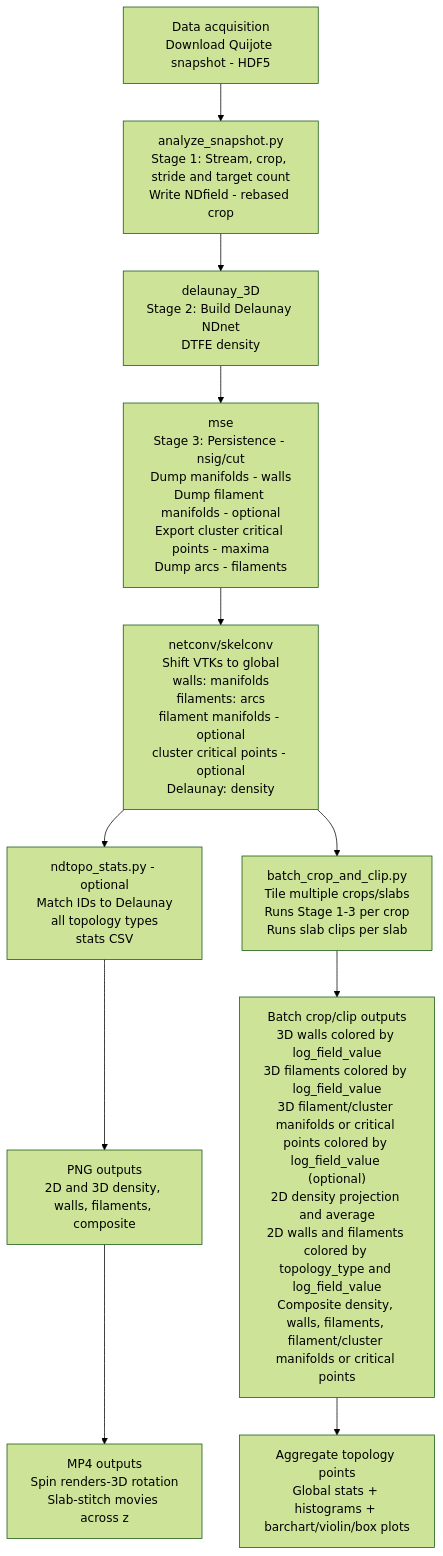
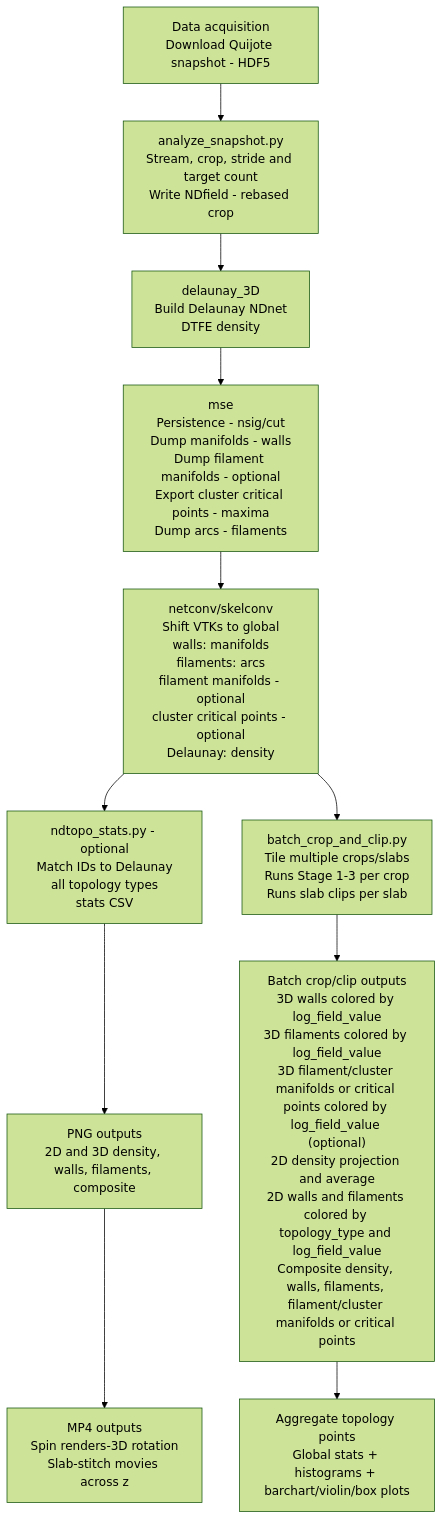
The diagram in documents/WORKFLOW_FLOWCHART.qmd (efuleky27/disperse), drawn with Mermaid (forest theme) before and after one commit. The commit also changed 3 other files, not shown here.

Commit message:
update flowchart

````diff
--- a/documents/WORKFLOW_FLOWCHART.qmd
+++ b/documents/WORKFLOW_FLOWCHART.qmd
@@ -5,15 +5,15 @@
 ```{mermaid}
 %%{init: {'flowchart': {'nodeSpacing': 50, 'rankSpacing': 50}}}%%
 graph TD
-    A[Data acquisition<br/>Download Quijote snapshot - HDF5] --> B[analyze_snapshot.py<br/>Stage 1: Stream, crop, stride and target count<br/>Write NDfield - rebased crop]
-    B --> C[delaunay_3D<br/>Stage 2: Build Delaunay NDnet<br/>DTFE density]
-    C --> D[mse<br/>Stage 3: Persistence - nsig/cut<br/>Dump manifolds - walls<br/>Dump filament manifolds - optional<br/>Export cluster critical points - maxima<br/>Dump arcs - filaments]
+    A[Data acquisition<br/>Download Quijote snapshot - HDF5] --> B[analyze_snapshot.py<br/>Stream, crop, stride and target count<br/>Write NDfield - rebased crop]
+    B --> C[delaunay_3D<br/>Build Delaunay NDnet<br/>DTFE density]
+    C --> D[mse<br/>Persistence - nsig/cut<br/>Dump manifolds - walls<br/>Dump filament manifolds - optional<br/>Export cluster critical points - maxima<br/>Dump arcs - filaments]
     D --> E[netconv/skelconv<br/>Shift VTKs to global<br/>walls: manifolds<br/>filaments: arcs<br/>filament manifolds - optional<br/>cluster critical points - optional<br/>Delaunay: density]
     E --> F1[ndtopo_stats.py - optional<br/>Match IDs to Delaunay<br/>all topology types<br/>stats CSV]
     %% E --> F2[batch_clip.py<br/>Clip slab - axis/origin/thickness<br/>Flatten walls/filaments<br/>Average density<br/>Resample/grid]
     F1 --> G[PNG outputs<br/>2D and 3D density, walls, filaments, composite]
     G --> G2[MP4 outputs<br/>Spin renders-3D rotation<br/>Slab-stitch movies across z]
     E --> H[batch_crop_and_clip.py<br/>Tile multiple crops/slabs<br/>Runs Stage 1-3 per crop<br/>Runs slab clips per slab]
     H --> I["Batch crop/clip outputs<br/>3D walls colored by log_field_value<br/>3D filaments colored by log_field_value<br/>3D filament/cluster manifolds or critical points colored by log_field_value (optional)<br/>2D density projection and average<br/>2D walls and filaments colored by topology_type and log_field_value<br/>Composite density, walls, filaments, filament/cluster manifolds or critical points"]
     I --> J[Aggregate topology points<br/>Global stats + histograms + barchart/violin/box plots]
 ```
````
